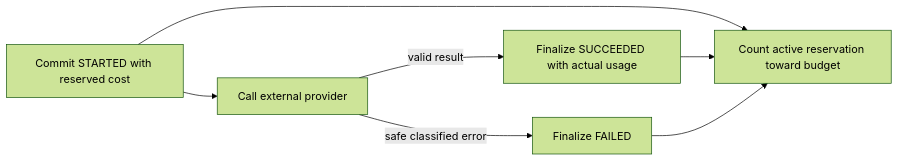
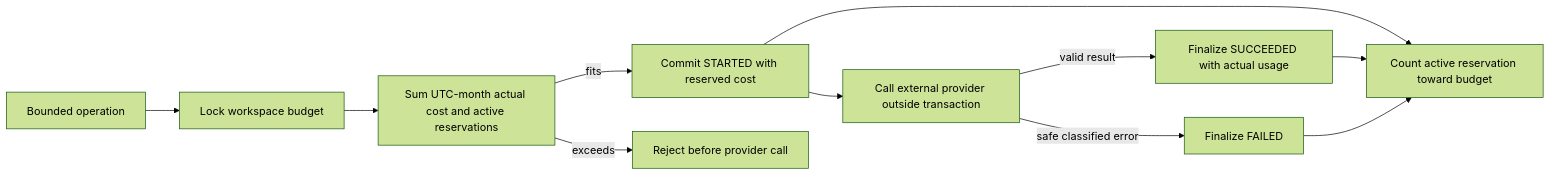
Before and after one commit to rnkraus/investment-research: the second of 2 diagrams in backend/src/investment_research/modules/operations/README.md, drawn with Mermaid (forest theme). The commit also changed other lines of this file and 7 other files, not shown here.

````diff
--- a/backend/src/investment_research/modules/operations/README.md
+++ b/backend/src/investment_research/modules/operations/README.md
@@ -30,9 +31,13 @@
 ```mermaid
 flowchart LR
-    RESERVE[Commit STARTED with reserved cost] --> CALL[Call external provider]
+    REQUEST[Bounded operation] --> LOCK[Lock workspace budget]
+    LOCK --> SUM[Sum UTC-month actual cost and active reservations]
+    SUM -->|fits| RESERVE[Commit STARTED with reserved cost]
+    SUM -->|exceeds| REJECT[Reject before provider call]
+    RESERVE --> CALL[Call external provider outside transaction]
     CALL -->|valid result| SUCCESS[Finalize SUCCEEDED with actual usage]
     CALL -->|safe classified error| FAILURE[Finalize FAILED]
     RESERVE --> BUDGET[Count active reservation toward budget]
     SUCCESS --> BUDGET
     FAILURE --> BUDGET
 ```
````
